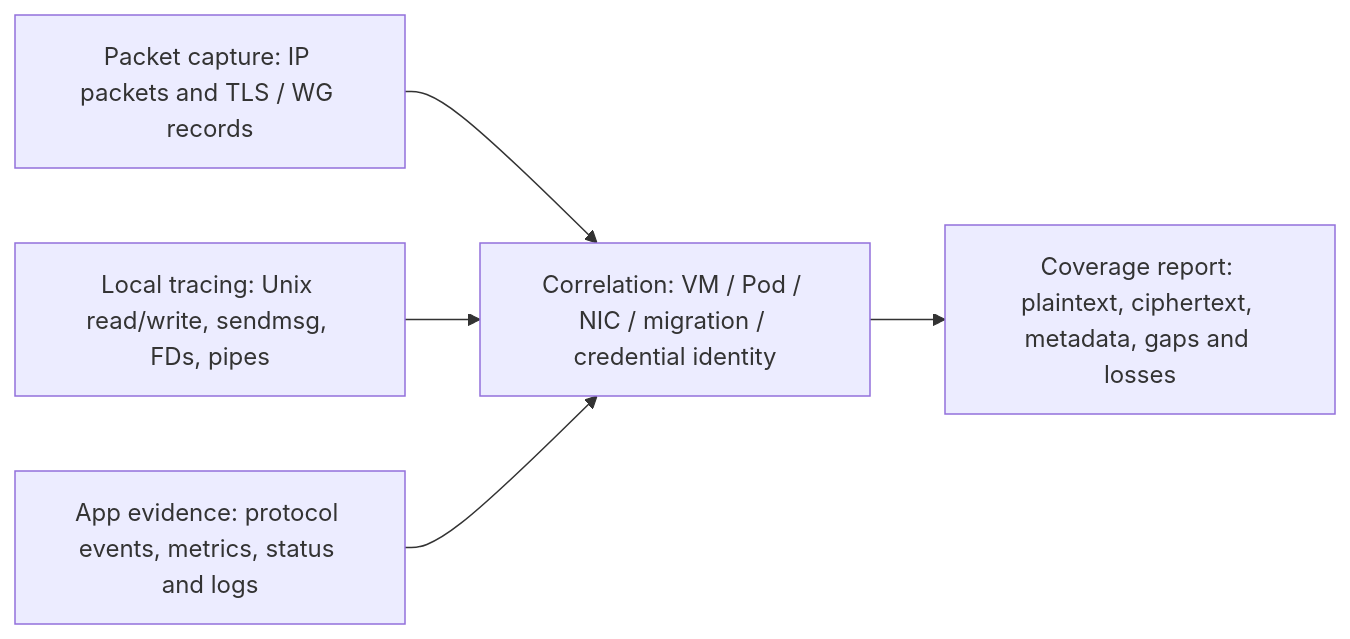
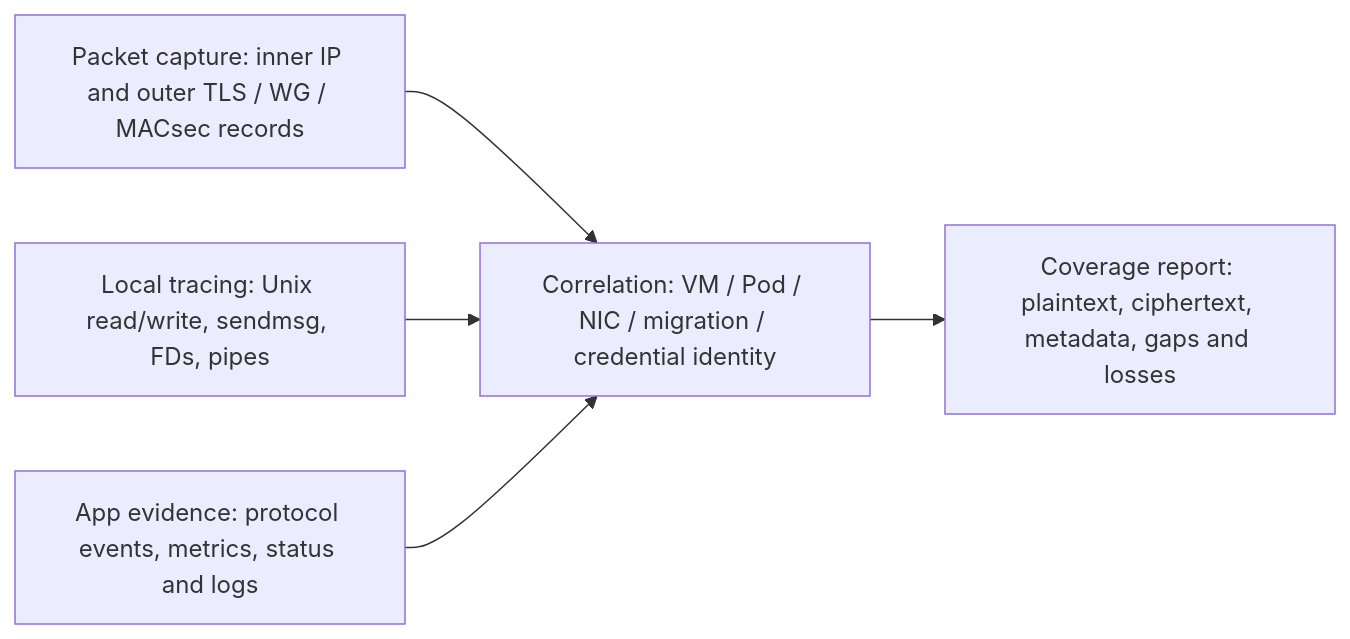
The diagram in docs/connections/capture.md (SamYaple/qrab), drawn with Mermaid before and after one commit. The commit also changed other lines of this file and 11 other files, not shown here.

````diff
--- a/docs/connections/capture.md
+++ b/docs/connections/capture.md
@@ -18,11 +19,11 @@
 ```mermaid
 flowchart LR
-    pcap["Packet capture: IP packets and TLS / WG records"]
+    pcap["Packet capture: inner IP and outer TLS / WG / MACsec records"]
     local["Local tracing: Unix read/write, sendmsg, FDs, pipes"]
     app["App evidence: protocol events, metrics, status and logs"]
     identity["Correlation: VM / Pod / NIC / migration / credential identity"]
     pcap --> identity
     local --> identity
     app --> identity
     identity --> report["Coverage report: plaintext, ciphertext, metadata, gaps and losses"]
 ```
````
